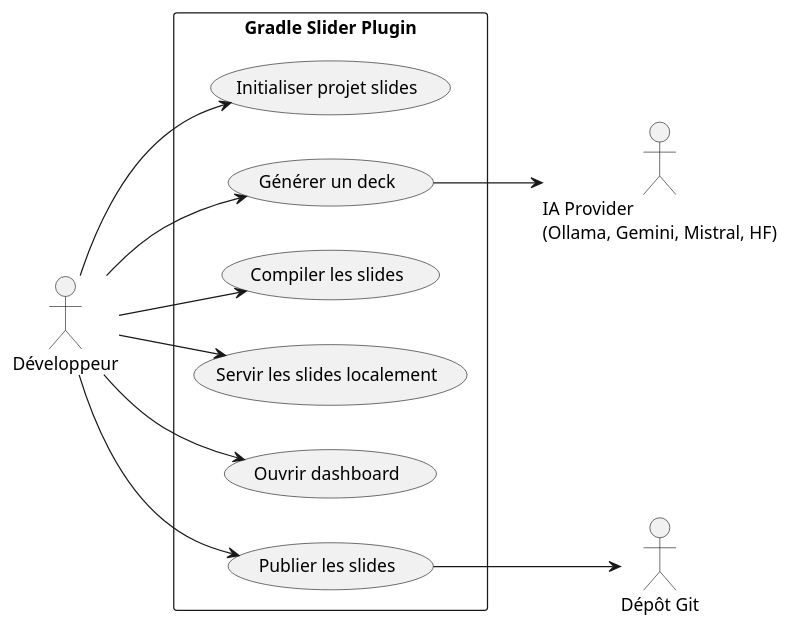
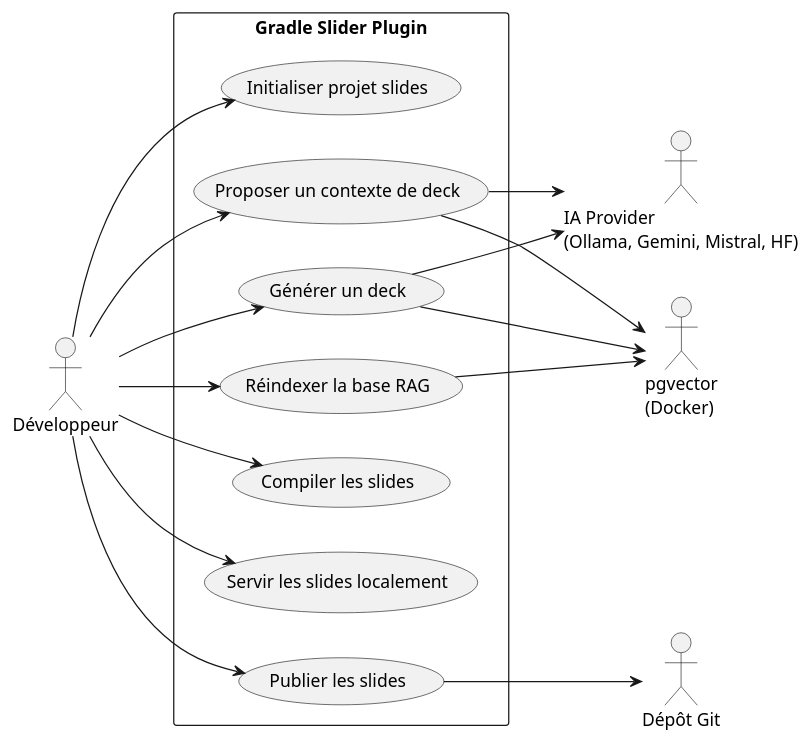
The first of 10 diagrams in README_plantuml_fr.adoc (cheroliv/slider-gradle), drawn with PlantUML before and after one commit. The commit also changed other lines of this file and 1 other file, not shown here.

Commit message:
📝 docs(README_plantuml*): update AI generation process and file structure for deck context and generated decks

```diff
--- a/README_plantuml_fr.adoc
+++ b/README_plantuml_fr.adoc
@@ -30,22 +34,28 @@
 [plantuml]
 ....
 @startuml
 left to right direction
 
 actor "Développeur" as Dev
 actor "IA Provider\n(Ollama, Gemini, Mistral, HF)" as AI
+actor "pgvector\n(Docker)" as PG
 actor "Dépôt Git" as Git
 
 rectangle "Gradle Slider Plugin" {
   Dev --> (Initialiser projet slides)
+  Dev --> (Proposer un contexte de deck)
   Dev --> (Générer un deck)
+  Dev --> (Réindexer la base RAG)
   Dev --> (Compiler les slides)
   Dev --> (Servir les slides localement)
-  Dev --> (Ouvrir dashboard)
   Dev --> (Publier les slides)
 
+  (Proposer un contexte de deck) --> PG
+  (Proposer un contexte de deck) --> AI
+  (Générer un deck) --> PG
   (Générer un deck) --> AI
+  (Réindexer la base RAG) --> PG
   (Publier les slides) --> Git
 }
 @enduml
 ....
```
